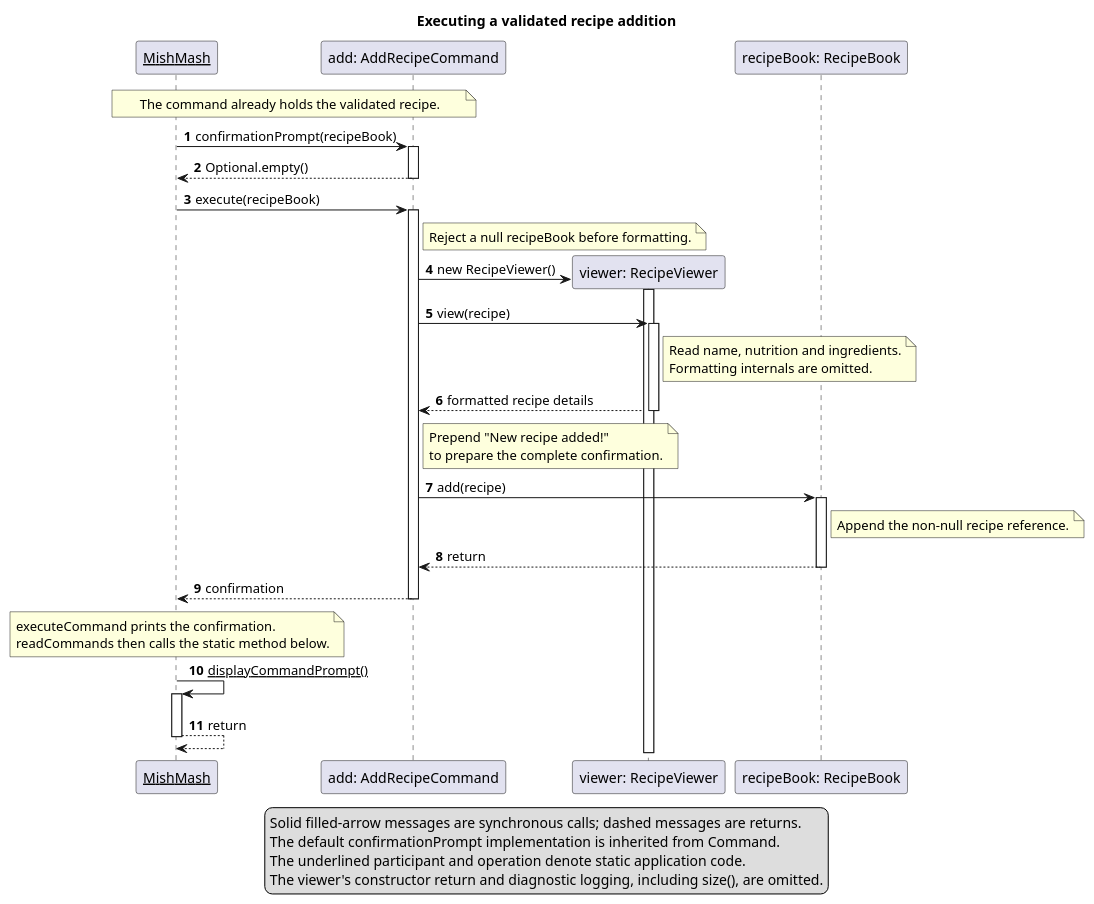
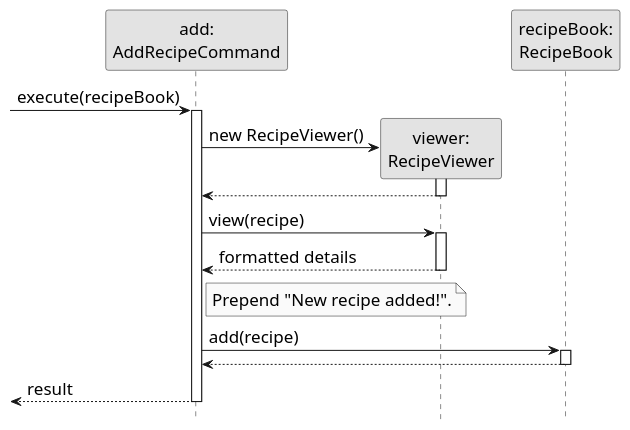
Before and after one commit to AY2627S1-CS2113-W13-4/tp: the diagram in docs/diagrams/add-recipe/execution.puml, drawn with PlantUML. The commit also changed 11 other files, not shown here.

First line of the commit message:
docs: simplify add-recipe design and UML for readability

```diff
--- a/docs/diagrams/add-recipe/execution.puml
+++ b/docs/diagrams/add-recipe/execution.puml
@@ -1,58 +1,29 @@
 @startuml
-title Executing a validated recipe addition
-autonumber
-
-participant "<u>MishMash</u>" as App
-participant "add: AddRecipeCommand" as Add
-participant "viewer: RecipeViewer" as Viewer
-participant "recipeBook: RecipeBook" as Book
-
-note over App, Add
-  The command already holds the validated recipe.
-end note
-App -> Add : confirmationPrompt(recipeBook)
-activate Add
-Add --> App : Optional.empty()
-deactivate Add
-App -> Add : execute(recipeBook)
-activate Add
-note right of Add : Reject a null recipeBook before formatting.
-create Viewer
-Add -> Viewer : new RecipeViewer()
-activate Viewer
-deactivate Viewer
-Add -> Viewer : view(recipe)
-activate Viewer
-note right of Viewer
-  Read name, nutrition and ingredients.
-  Formatting internals are omitted.
-end note
-Viewer --> Add : formatted recipe details
-deactivate Viewer
-note right of Add
-  Prepend "New recipe added!"
-  to prepare the complete confirmation.
-end note
-Add -> Book : add(recipe)
-activate Book
-note right of Book : Append the non-null recipe reference.
-Book --> Add : return
-deactivate Book
-Add --> App : confirmation
-deactivate Add
-note over App
-  executeCommand prints the confirmation.
-  readCommands then calls the static method below.
-end note
-App -> App : <u>displayCommandPrompt()</u>
-activate App
-App --> App : return
-deactivate App
-
-legend bottom
-  Solid filled-arrow messages are synchronous calls; dashed messages are returns.
-  The default confirmationPrompt implementation is inherited from Command.
-  The underlined participant and operation denote static application code.
-  The viewer's constructor return and diagnostic logging, including size(), are omitted.
-endlegend
+skinparam backgroundColor white
+skinparam defaultFontName SansSerif
+skinparam defaultFontSize 17
+skinparam shadowing false
+skinparam monochrome true
+hide footbox
+participant "add:\nAddRecipeCommand" as A
+participant "viewer:\nRecipeViewer" as V
+participant "recipeBook:\nRecipeBook" as B
+[-> A : execute(recipeBook)
+activate A
+create V
+A -> V : new RecipeViewer()
+activate V
+V --> A
+deactivate V
+A -> V : view(recipe)
+activate V
+V --> A : formatted details
+deactivate V
+note right of A : Prepend "New recipe added!".
+A -> B : add(recipe)
+activate B
+B --> A
+deactivate B
+A -->[ : result
+deactivate A
 @enduml
```
